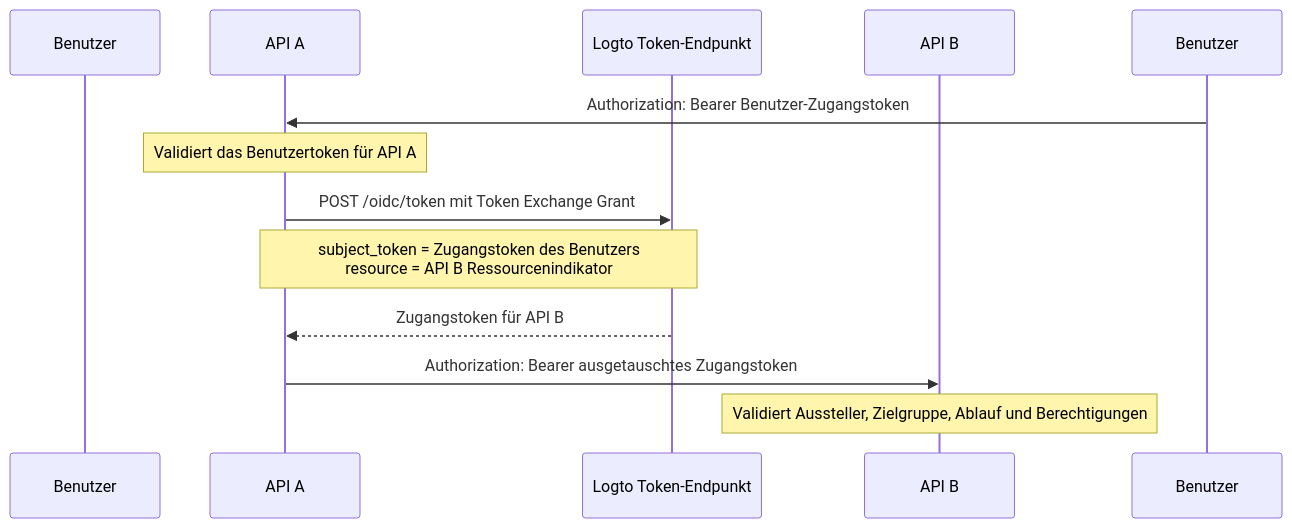
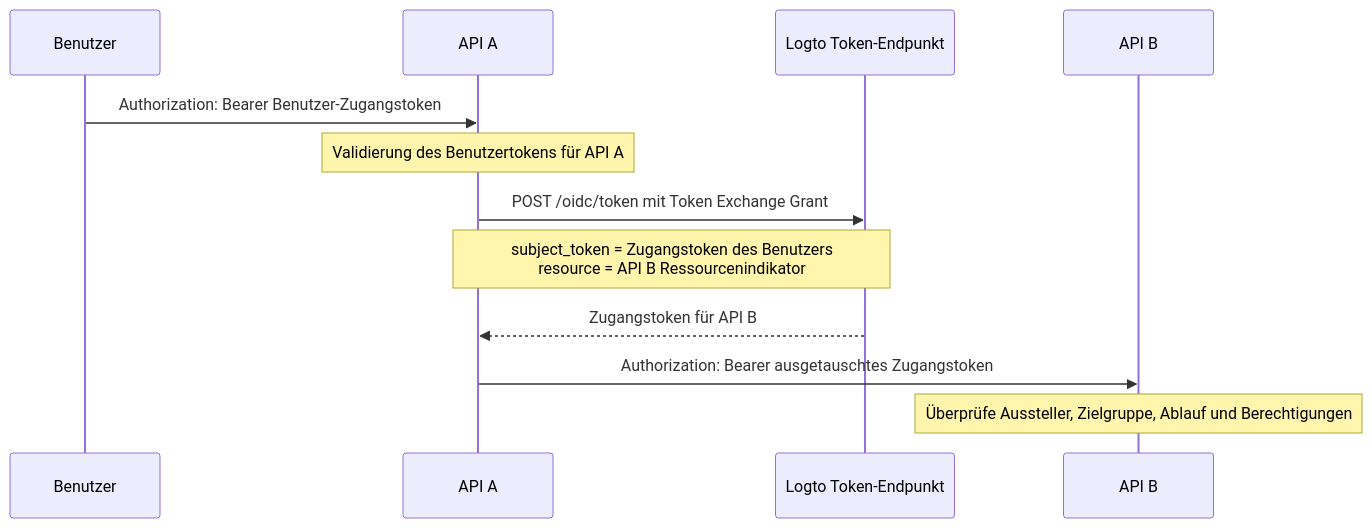
Before and after one commit to logto-io/docs: the diagram in i18n/de/docusaurus-plugin-content-docs/current/developers/service-to-service-delegation.mdx, drawn with Mermaid. The commit also changed other lines of this file and 161 other files, not shown here.

````diff
--- a/i18n/de/docusaurus-plugin-content-docs/current/developers/service-to-service-delegation.mdx
+++ b/i18n/de/docusaurus-plugin-content-docs/current/developers/service-to-service-delegation.mdx
@@ -40,17 +40,17 @@
 ```mermaid
 sequenceDiagram
     participant User as Benutzer
     participant ApiA as API A
     participant Logto as Logto Token-Endpunkt
     participant ApiB as API B
 
-    Benutzer->>ApiA: Authorization: Bearer Benutzer-Zugangstoken
-    Note over ApiA: Validiert das Benutzertoken für API A
+    User->>ApiA: Authorization: Bearer Benutzer-Zugangstoken
+    Note over ApiA: Validierung des Benutzertokens für API A
 
     ApiA->>Logto: POST /oidc/token mit Token Exchange Grant
     Note over ApiA,Logto: subject_token = Zugangstoken des Benutzers<br/>resource = API B Ressourcenindikator
 
     Logto-->>ApiA: Zugangstoken für API B
     ApiA->>ApiB: Authorization: Bearer ausgetauschtes Zugangstoken
-    Note over ApiB: Validiert Aussteller, Zielgruppe, Ablauf und Berechtigungen
+    Note over ApiB: Überprüfe Aussteller, Zielgruppe, Ablauf und Berechtigungen
 ```
````
